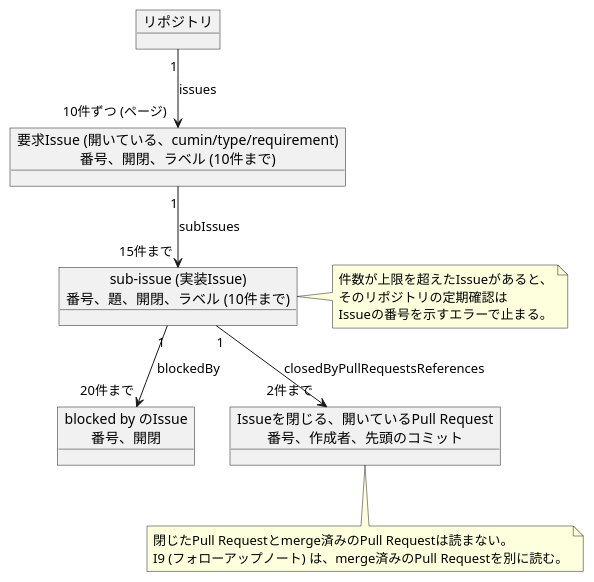
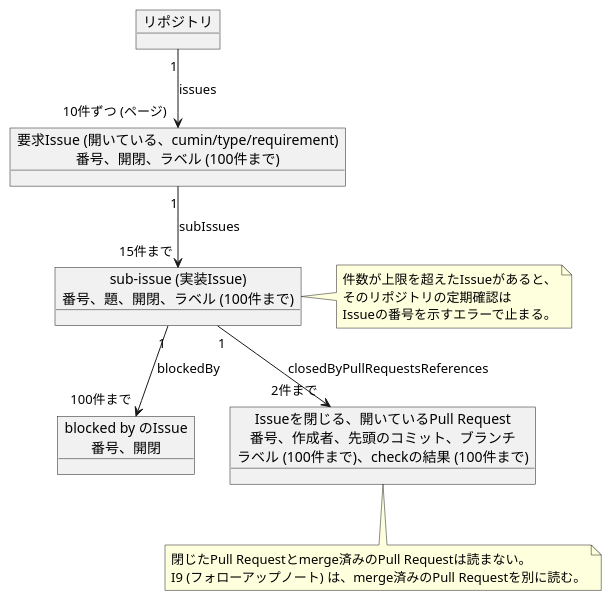
The diagram in docs/ja/designs/poll-snapshot.puml (cloveclovedev/cumin-works), drawn with PlantUML before and after one commit. The commit also changed 5 other files, not shown here.

```diff
--- a/docs/ja/designs/poll-snapshot.puml
+++ b/docs/ja/designs/poll-snapshot.puml
@@ -1,28 +1,28 @@
 @startuml poll-snapshot
 ' cumin works - 定期確認の1回の問い合わせで読むもの。入れ子の接続と、その件数の上限。
 ' 対応する文書: poll.md の「定期確認で読む内容」。
 ' SVGの書き出し: リポジトリの直下で scripts/render-diagrams.sh を実行する。
 skinparam shadowing false
 skinparam defaultFontName sans-serif
 
 object "リポジトリ" as repo
-object "要求Issue (開いている、cumin/type/requirement)\n番号、開閉、ラベル (10件まで)" as req
-object "sub-issue (実装Issue)\n番号、題、開閉、ラベル (10件まで)" as sub
+object "要求Issue (開いている、cumin/type/requirement)\n番号、開閉、ラベル (100件まで)" as req
+object "sub-issue (実装Issue)\n番号、題、開閉、ラベル (100件まで)" as sub
 object "blocked by のIssue\n番号、開閉" as blocker
-object "Issueを閉じる、開いているPull Request\n番号、作成者、先頭のコミット" as pr
+object "Issueを閉じる、開いているPull Request\n番号、作成者、先頭のコミット、ブランチ\nラベル (100件まで)、checkの結果 (100件まで)" as pr
 
 repo "1" --> "10件ずつ (ページ)" req : issues
 req "1" --> "15件まで" sub : subIssues
-sub "1" --> "20件まで" blocker : blockedBy
+sub "1" --> "100件まで" blocker : blockedBy
 sub "1" --> "2件まで" pr : closedByPullRequestsReferences
 
 note bottom of pr
   閉じたPull Requestとmerge済みのPull Requestは読まない。
   I9 (フォローアップノート) は、merge済みのPull Requestを別に読む。
 end note
 note right of sub
   件数が上限を超えたIssueがあると、
   そのリポジトリの定期確認は
   Issueの番号を示すエラーで止まる。
 end note
 @enduml
```
